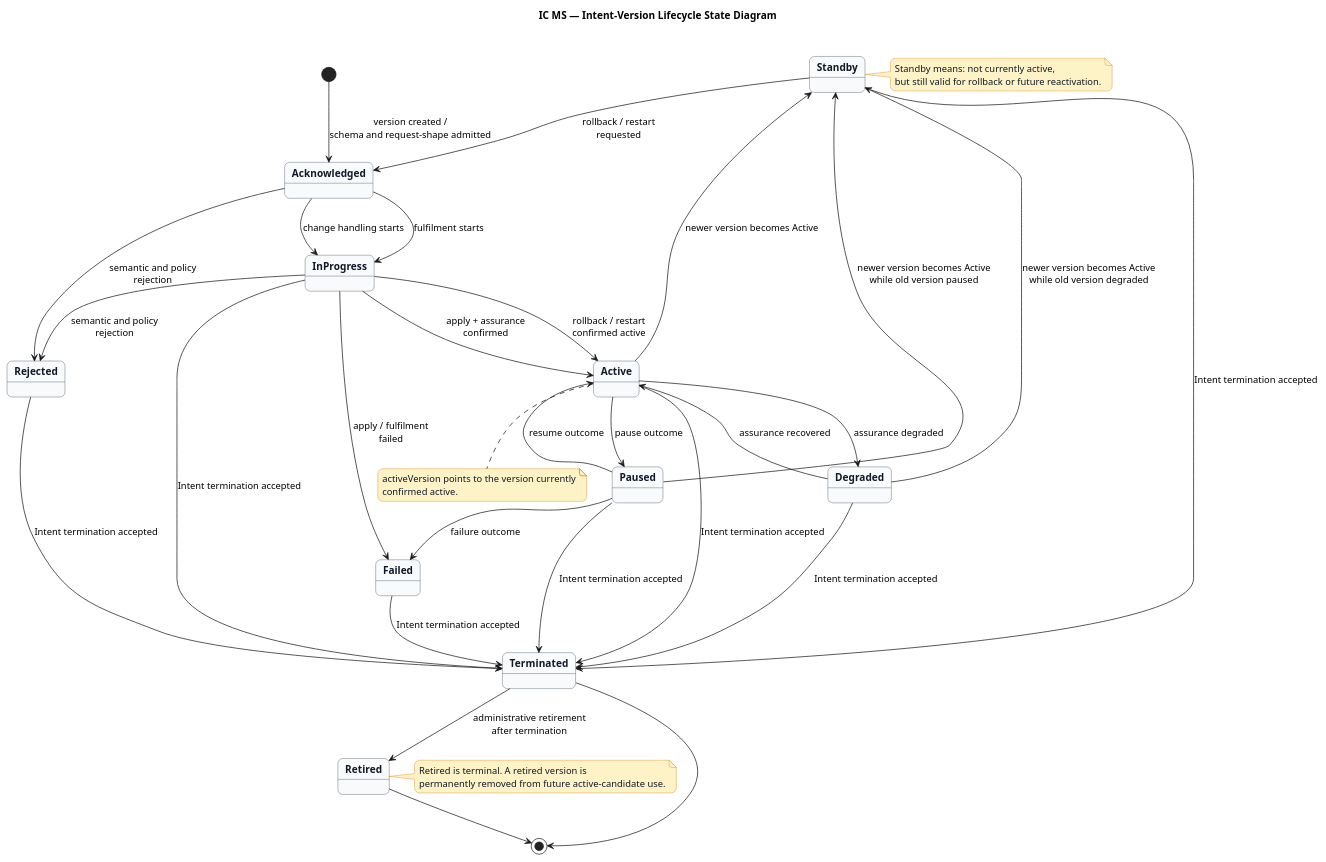
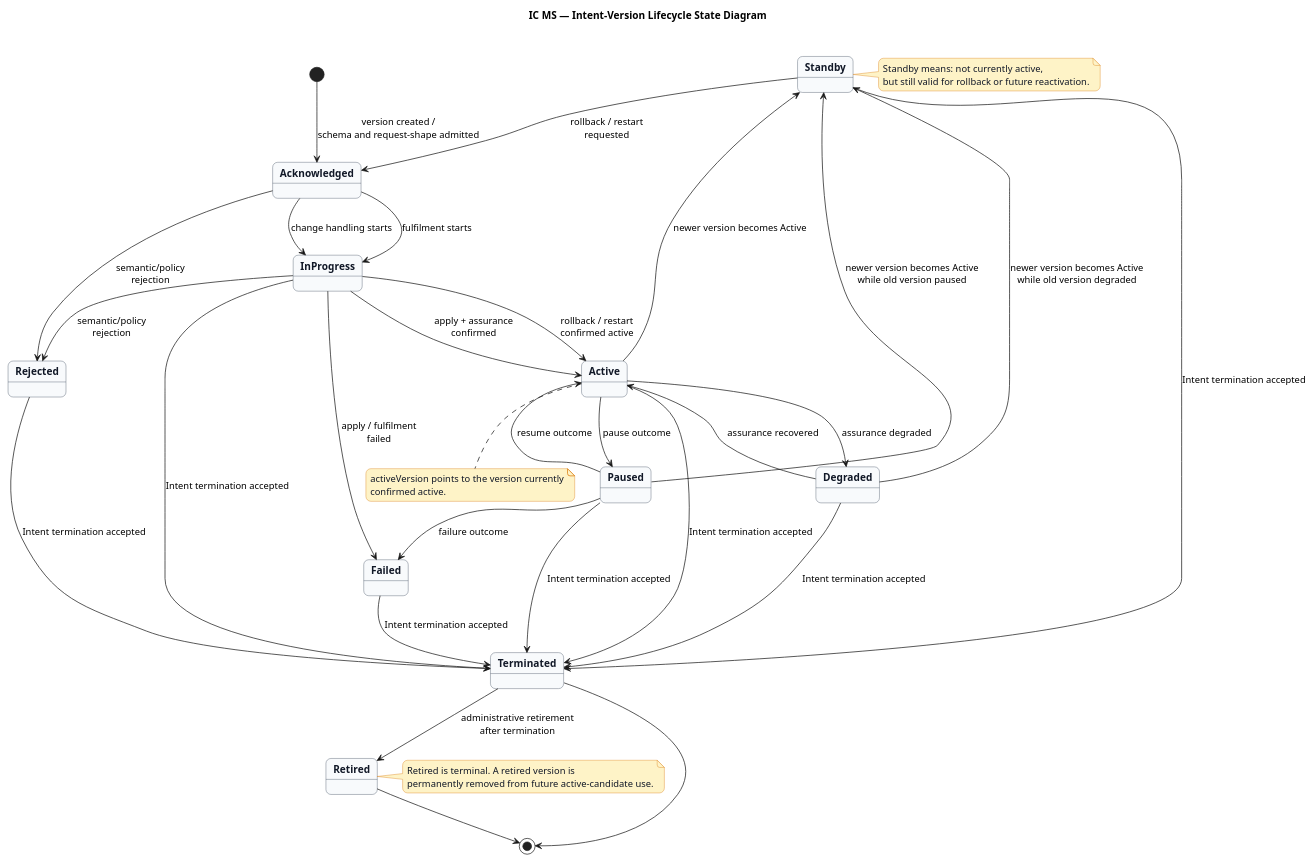
The second of 2 diagrams in baseline/intent/ic-ms/ic_ms_design_brief.md (prageethw/im), drawn with PlantUML before and after one commit. The commit also changed other lines of this file and 8 other files, not shown here.

````diff
--- a/baseline/intent/ic-ms/ic_ms_design_brief.md
+++ b/baseline/intent/ic-ms/ic_ms_design_brief.md
@@ -799,63 +769,63 @@
 ```plantuml
 @startuml
 title IC MS — Intent-Version Lifecycle State Diagram
 
 skinparam backgroundColor #FFFFFF
 skinparam shadowing false
 skinparam roundcorner 14
 skinparam state {
   BackgroundColor #F8FAFC
   BorderColor #334155
   FontColor #111827
   FontStyle bold
 }
 skinparam note {
   BackgroundColor #FEF3C7
   BorderColor #D97706
   FontColor #111827
 }
 
 [*] --> Acknowledged : version created /\nschema and request-shape admitted
-Acknowledged --> Rejected : semantic and policy\nrejection
+Acknowledged --> Rejected : semantic/policy\nrejection
 Acknowledged --> InProgress : fulfilment starts
 InProgress --> Active : apply + assurance\nconfirmed
 InProgress --> Failed : apply / fulfilment\nfailed
-InProgress --> Rejected : semantic and policy\nrejection
+InProgress --> Rejected : semantic/policy\nrejection
 Active --> Degraded : assurance degraded
 Degraded --> Active : assurance recovered
 Active --> Standby : newer version becomes Active
 Degraded --> Standby : newer version becomes Active\nwhile old version degraded
 Paused --> Standby : newer version becomes Active\nwhile old version paused
 Standby --> Acknowledged : rollback / restart\nrequested
 Acknowledged --> InProgress : change handling starts
 InProgress --> Active : rollback / restart\nconfirmed active
 Terminated --> Retired : administrative retirement\nafter termination
 Active --> Terminated : Intent termination accepted
 Degraded --> Terminated : Intent termination accepted
 Standby --> Terminated : Intent termination accepted
 InProgress --> Terminated : Intent termination accepted
 Paused --> Terminated : Intent termination accepted
 Failed --> Terminated : Intent termination accepted
 Rejected --> Terminated : Intent termination accepted
 Active --> Paused : pause outcome
 Paused --> Active : resume outcome
 Paused --> Failed : failure outcome
 Retired --> [*]
 Terminated --> [*]
 
 note right of Standby
 Standby means: not currently active,
 but still valid for rollback or future reactivation.
 end note
 
 note right of Retired
 Retired is terminal. A retired version is
 permanently removed from future active-candidate use.
 end note
 
 note bottom of Active
 activeVersion points to the version currently
 confirmed active.
 end note
 @enduml
 ```
````
